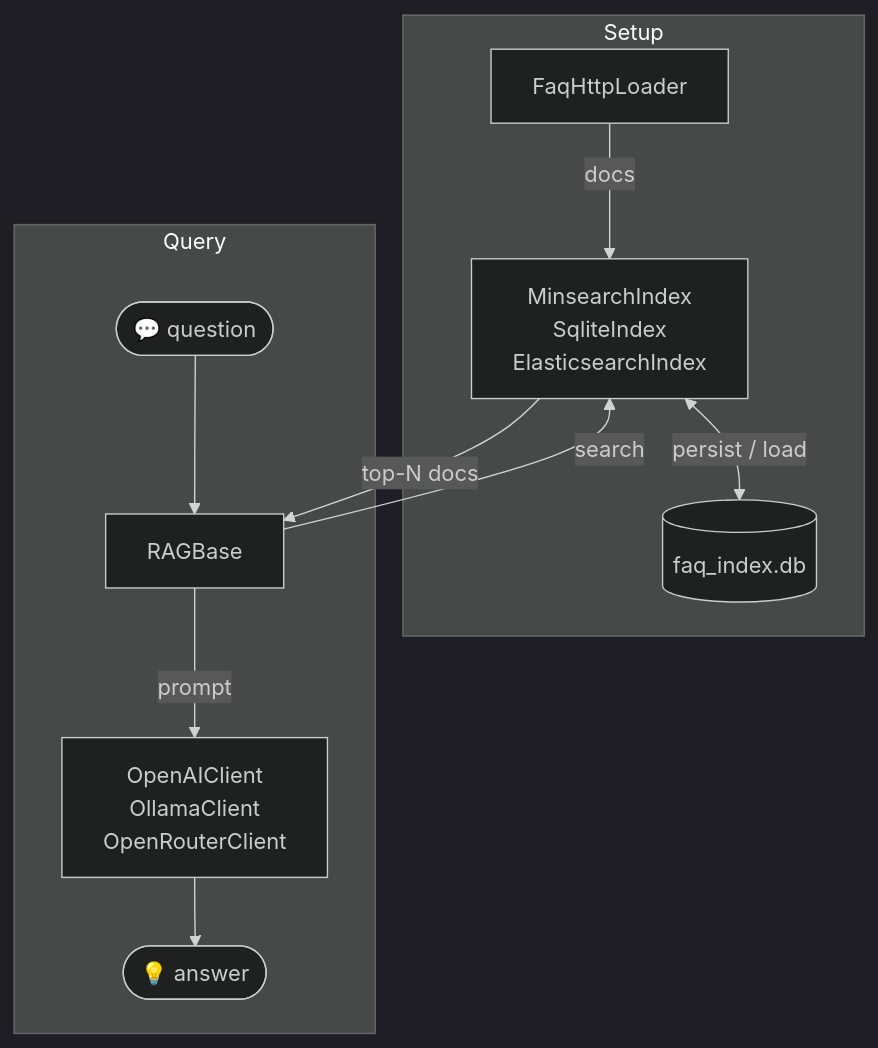
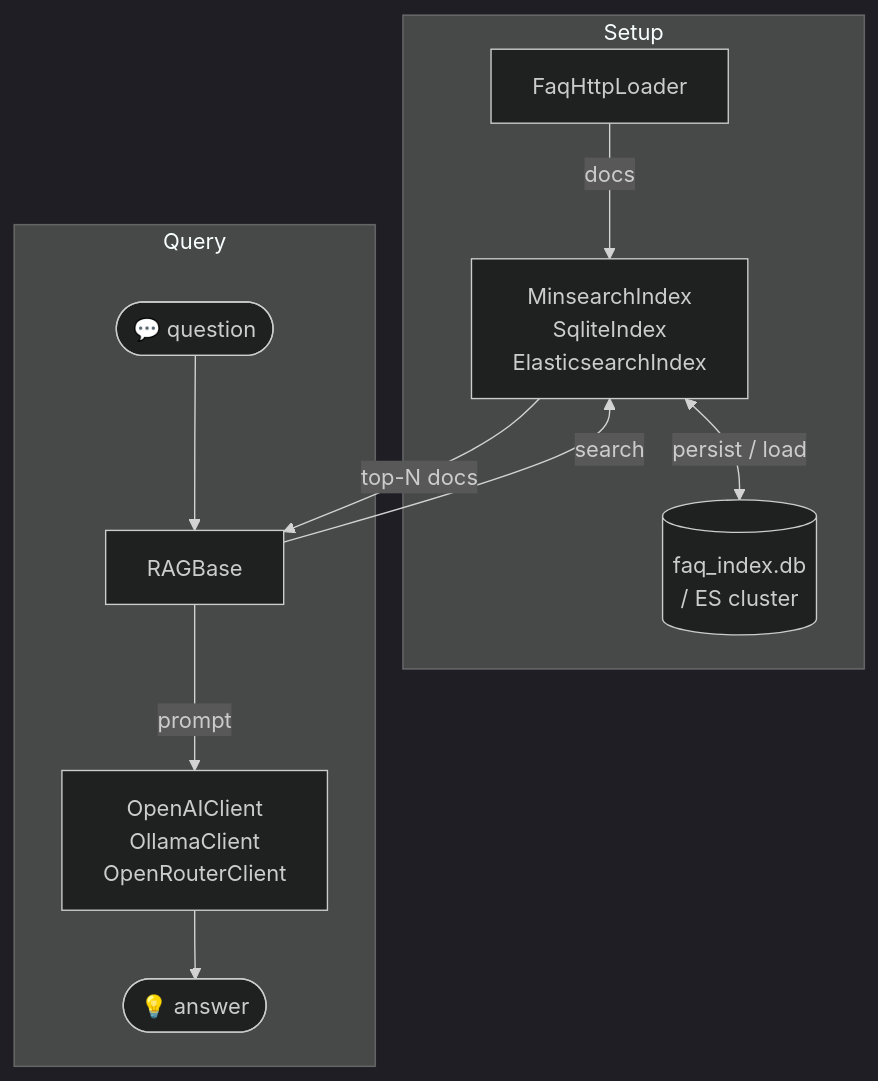
One commit to vadimvvlasov/rag-app-with-llms changed the diagram in README.md. Above: the diagram before and after it, drawn with Mermaid (dark theme). The commit also changed other lines of this file and 1 other file, not shown here.

````diff
--- a/README.md
+++ b/README.md
@@ -7,15 +7,15 @@
 ```mermaid
 flowchart TD
     subgraph Setup
         FL["FaqHttpLoader"] -->|docs| IDX["MinsearchIndex\nSqliteIndex\nElasticsearchIndex"]
-        IDX <-->|persist / load| DB[("faq_index.db")]
+        IDX <-->|persist / load| DB[("faq_index.db\n/ ES cluster")]
     end
 
     subgraph Query
         Q(["💬 question"]) --> RAG["RAGBase"]
         RAG -->|search| IDX
         IDX -->|top-N docs| RAG
         RAG -->|prompt| LLM["OpenAIClient\nOllamaClient\nOpenRouterClient"]
         LLM --> A(["💡 answer"])
     end
 ```
````
